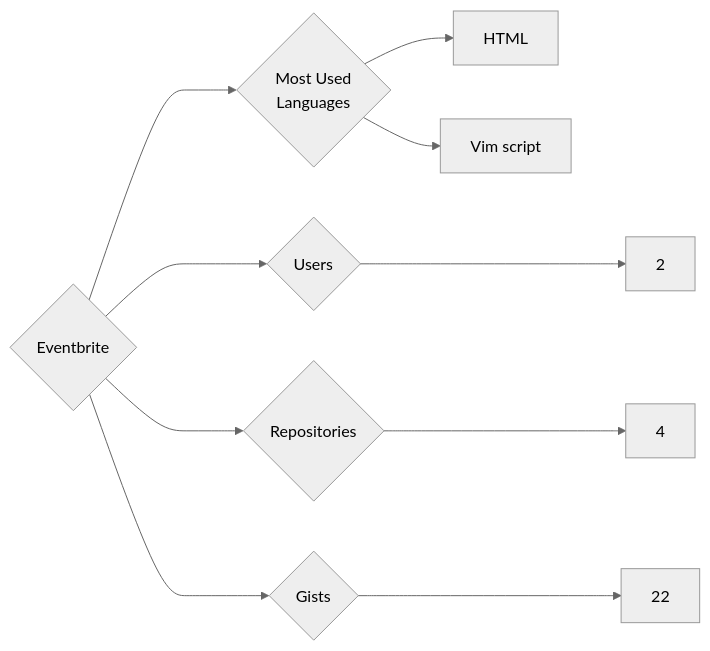
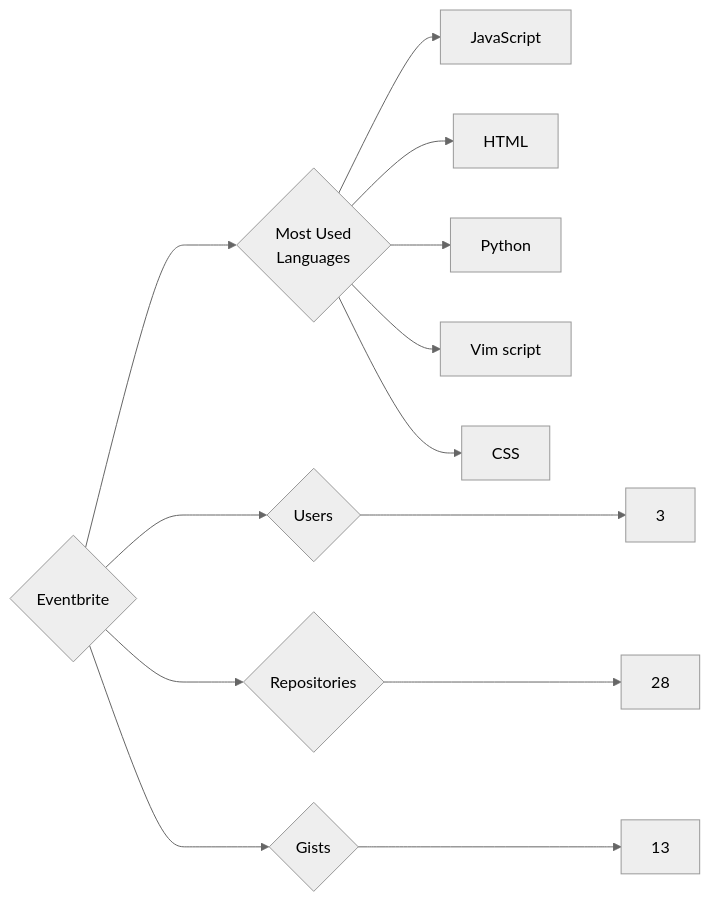
The diagram in targets/Eventbrite/README.md (trickest/insiders), drawn with Mermaid (neutral theme) before and after one commit. The commit also changed 681 other files, not shown here.

````diff
--- a/targets/Eventbrite/README.md
+++ b/targets/Eventbrite/README.md
@@ -3,10 +3,13 @@
 ```mermaid
 graph LR
 COMPANY_NAME{Eventbrite}
-COMPANY_NAME ---> U{Users} ---> UN[2]
-COMPANY_NAME ---> R{Repositories} ---> RN[4]
-COMPANY_NAME ---> G{Gists} ---> GN[22]
+COMPANY_NAME ---> U{Users} ---> UN[3]
+COMPANY_NAME ---> R{Repositories} ---> RN[28]
+COMPANY_NAME ---> G{Gists} ---> GN[13]
 COMPANY_NAME ---> ML{Most Used<br>Languages}
+ML --> JavaScript[JavaScript]
 ML --> HTML[HTML]
+ML --> Python[Python]
 ML --> Vim_script[Vim script]
+ML --> CSS[CSS]
 ```
````
